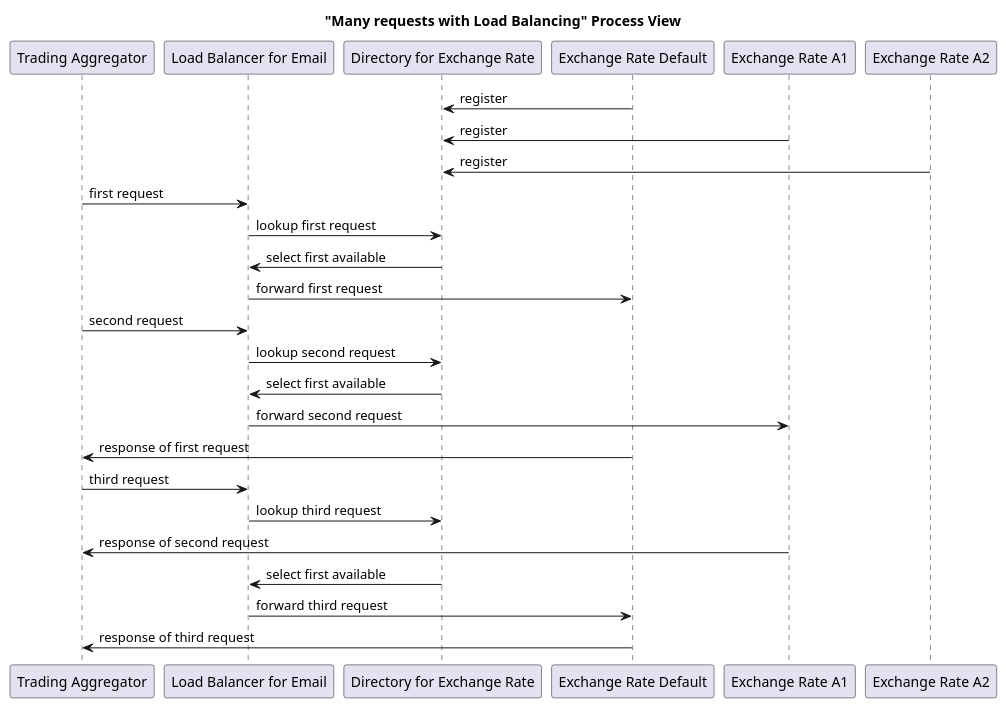
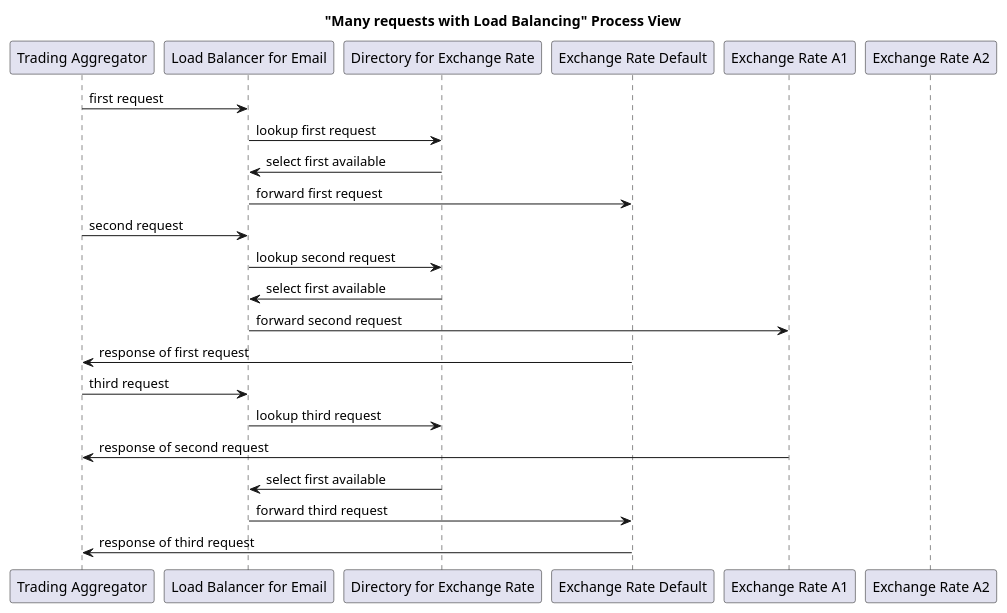
Diagram 41 of 49 in src/sa/model/index.md (USI-MSDE-SA-2022/software-architecture-model-tmshts), drawn with PlantUML before and after one commit. The commit also changed other lines of this file, not shown here.

````diff
--- a/src/sa/model/index.md
+++ b/src/sa/model/index.md
@@ -2976,32 +2964,29 @@
 ```puml
 @startuml
 title "Many requests with Load Balancing" Process View
 
 participant "Trading Aggregator" as TA
 participant "Load Balancer for Email" as LB
 participant "Directory for Exchange Rate" as D
 participant "Exchange Rate Default" as ERD
 participant "Exchange Rate A1" as ERA1
 participant "Exchange Rate A2" as ERA2
 
-ERD -> D: register
-ERA1 -> D: register
-ERA2 -> D: register
 TA -> LB: first request
 LB -> D: lookup first request
 D -> LB: select first available
 LB -> ERD: forward first request
 TA -> LB: second request
 LB -> D: lookup second request
 D -> LB: select first available
 LB -> ERA1: forward second request
 ERD -> TA: response of first request
 TA -> LB: third request
 LB -> D: lookup third request
 ERA1 -> TA: response of second request
 D -> LB: select first available
 LB -> ERD: forward third request
 ERD -> TA: response of third request
 
 @enduml
 ```
````
